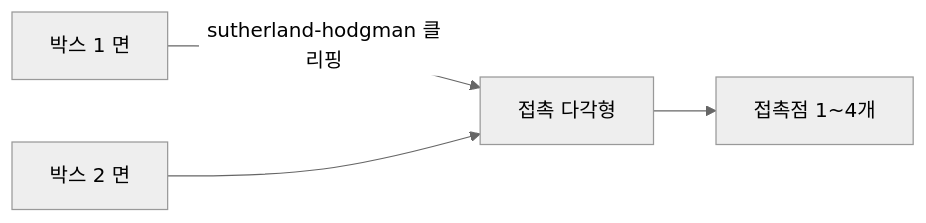
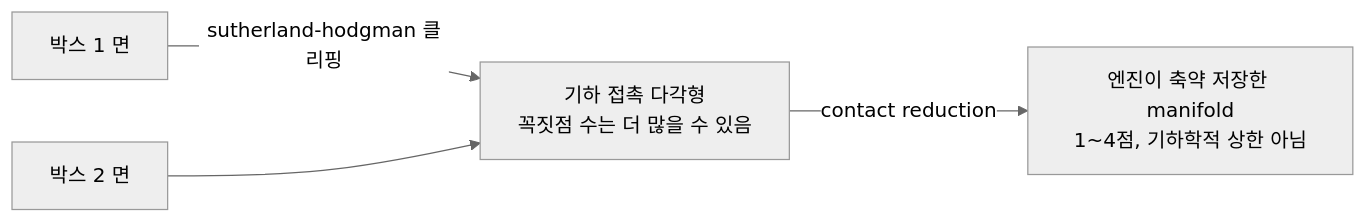
Before and after one commit to Rein-ArXiv/game-dev-curriculum: the fifth of 7 diagrams in math/part12_collision_sat.md, drawn with Mermaid (neutral theme). The commit also changed other lines of this file and 279 other files, not shown here.

````diff
--- a/math/part12_collision_sat.md
+++ b/math/part12_collision_sat.md
@@ -624,6 +627,6 @@
 ```mermaid
 flowchart LR
-    Box1[박스 1 면] -->|sutherland-hodgman 클리핑| Manifold[접촉 다각형]
+    Box1[박스 1 면] -->|sutherland-hodgman 클리핑| Manifold[기하 접촉 다각형<br/>꼭짓점 수는 더 많을 수 있음]
     Box2[박스 2 면] --> Manifold
-    Manifold --> Points[접촉점 1~4개]
+    Manifold -->|contact reduction| Points[엔진이 축약 저장한 manifold<br/>1~4점, 기하학적 상한 아님]
 ```
````
